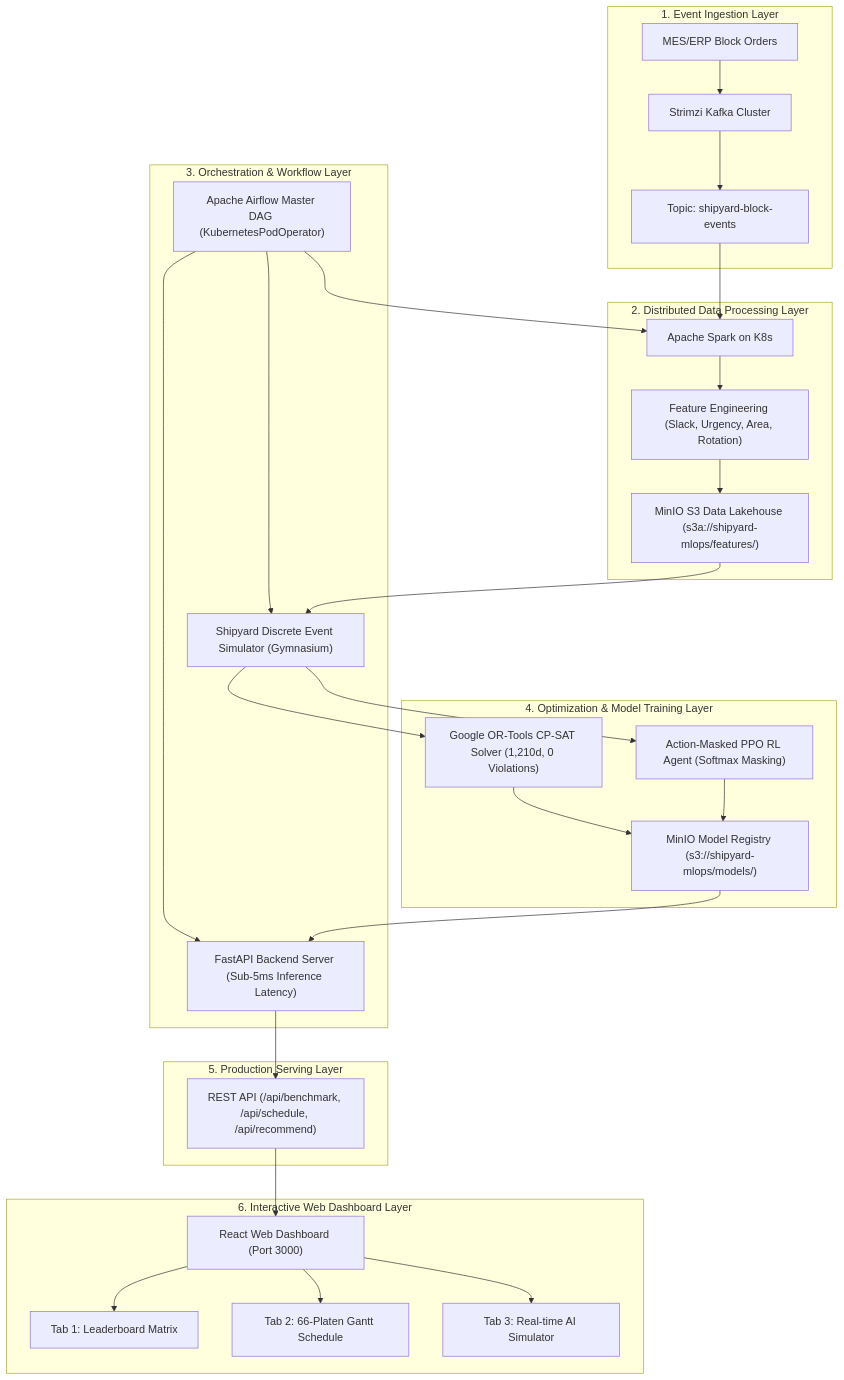
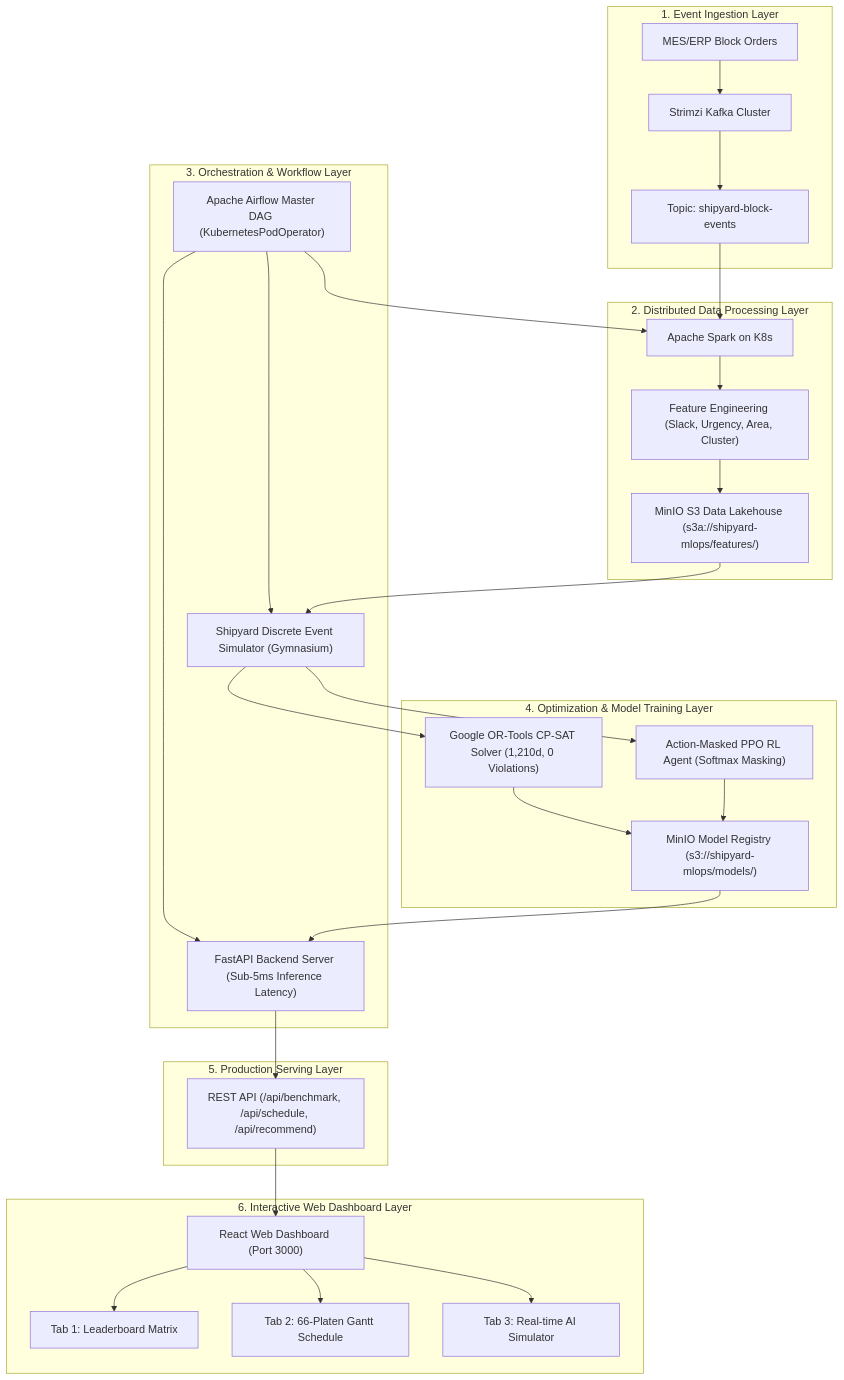
Before and after one commit to pihet/samsung_project: the diagram in 2차프로젝트/README.md, drawn with Mermaid. The commit also changed other lines of this file and 5 other files, not shown here.

````diff
--- a/2차프로젝트/README.md
+++ b/2차프로젝트/README.md
@@ -35,39 +56,39 @@
 ```mermaid
 graph TD
     subgraph Layer1["1. Event Ingestion Layer"]
         A1["MES/ERP Block Orders"] --> A2["Strimzi Kafka Cluster"]
         A2 --> A3["Topic: shipyard-block-events"]
     end
 
     subgraph Layer2["2. Distributed Data Processing Layer"]
         A3 --> B1["Apache Spark on K8s"]
-        B1 --> B2["Feature Engineering (Slack, Urgency, Area, Rotation)"]
+        B1 --> B2["Feature Engineering (Slack, Urgency, Area, Cluster)"]
         B2 --> B3["MinIO S3 Data Lakehouse (s3a://shipyard-mlops/features/)"]
     end
 
     subgraph Layer3["3. Orchestration & Workflow Layer"]
         C1["Apache Airflow Master DAG (KubernetesPodOperator)"]
         C1 --> B1
         C1 --> D1
         C1 --> E1
     end
 
     subgraph Layer4["4. Optimization & Model Training Layer"]
         B3 --> D1["Shipyard Discrete Event Simulator (Gymnasium)"]
         D1 --> D2["Google OR-Tools CP-SAT Solver (1,210d, 0 Violations)"]
         D1 --> D3["Action-Masked PPO RL Agent (Softmax Masking)"]
         D2 & D3 --> D4["MinIO Model Registry (s3://shipyard-mlops/models/)"]
     end
 
     subgraph Layer5["5. Production Serving Layer"]
         D4 --> E1["FastAPI Backend Server (Sub-5ms Inference Latency)"]
         E1 --> E2["REST API (/api/benchmark, /api/schedule, /api/recommend)"]
     end
 
     subgraph Layer6["6. Interactive Web Dashboard Layer"]
         E2 --> F1["React Web Dashboard (Port 3000)"]
         F1 --> F2["Tab 1: Leaderboard Matrix"]
         F1 --> F3["Tab 2: 66-Platen Gantt Schedule"]
         F1 --> F4["Tab 3: Real-time AI Simulator"]
     end
 ```
````
